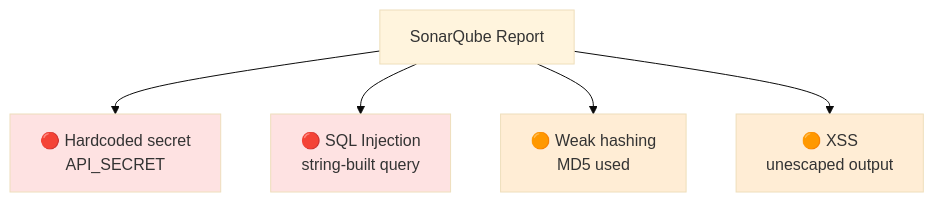
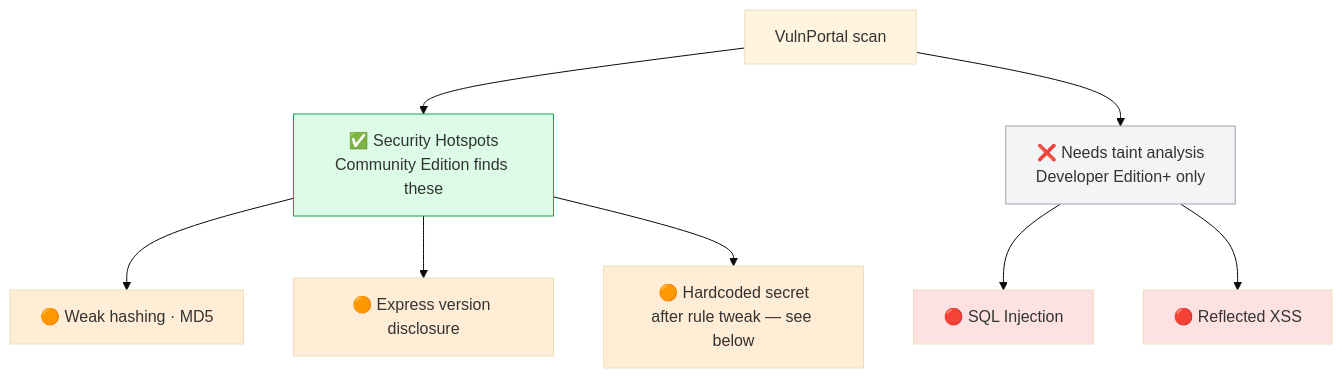
Before and after one commit to scifigurmeet/devsecops-4-days: diagram 12 of 16 in Day-1-DevSecOps-Foundations-SAST-DAST.md, drawn with Mermaid (base theme). The commit also changed other lines of this file, not shown here.

````diff
--- a/Day-1-DevSecOps-Foundations-SAST-DAST.md
+++ b/Day-1-DevSecOps-Foundations-SAST-DAST.md
@@ -540,11 +564,17 @@
 ```mermaid
 flowchart TD
-    R[SonarQube Report] --> I1[🔴 Hardcoded secret<br/>API_SECRET]
-    R --> I2[🔴 SQL Injection<br/>string-built query]
-    R --> I3[🟠 Weak hashing<br/>MD5 used]
-    R --> I4[🟠 XSS<br/>unescaped output]
-    style I1 fill:#fee2e2
-    style I2 fill:#fee2e2
-    style I3 fill:#ffedd5
-    style I4 fill:#ffedd5
+    R[VulnPortal scan] --> H[✅ Security Hotspots<br/>Community Edition finds these]
+    R --> X[❌ Needs taint analysis<br/>Developer Edition+ only]
+    H --> H1[🟠 Weak hashing · MD5]
+    H --> H2[🟠 Express version disclosure]
+    H --> H3[🟠 Hardcoded secret<br/>after rule tweak — see below]
+    X --> X1[🔴 SQL Injection]
+    X --> X2[🔴 Reflected XSS]
+    style H fill:#dcfce7,stroke:#16a34a
+    style X fill:#f3f4f6,stroke:#9ca3af
+    style H1 fill:#ffedd5
+    style H2 fill:#ffedd5
+    style H3 fill:#ffedd5
+    style X1 fill:#fee2e2
+    style X2 fill:#fee2e2
 ```
````
